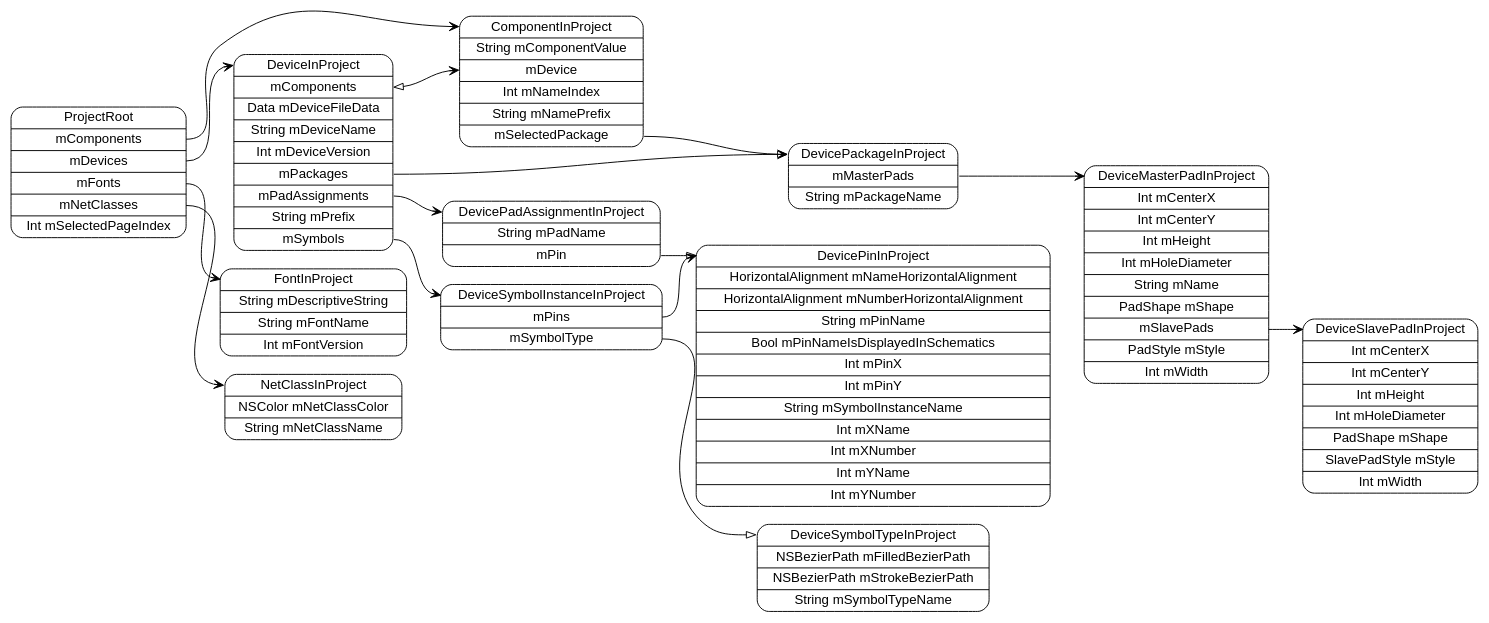
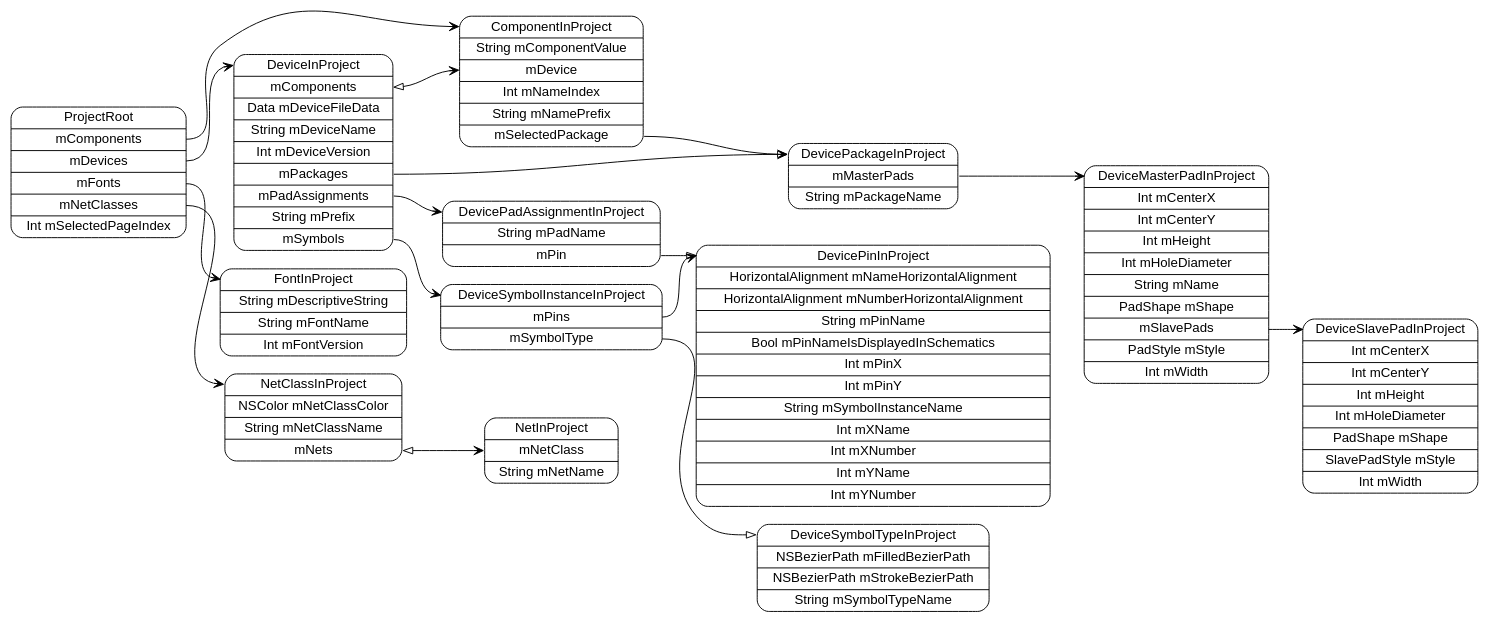
The diagram in models/ProjectRoot.dot (pierremolinaro/ElCanari-dev), drawn with Graphviz before and after one commit. The commit also changed 14 other files, not shown here.

Commit message:
Adding NetInProject

```diff
--- a/models/ProjectRoot.dot
+++ b/models/ProjectRoot.dot
@@ -1,30 +1,32 @@
 digraph G {
   rankdir=LR ;
   node [shape=record fontname=helvetica style=rounded] ;
   ProjectRoot[label="<ProjectRoot>ProjectRoot|<mComponents>mComponents|<mDevices>mDevices|<mFonts>mFonts|<mNetClasses>mNetClasses|Int mSelectedPageIndex"] ;
-  NetClassInProject[label="<NetClassInProject>NetClassInProject|NSColor mNetClassColor|String mNetClassName"] ;
+  NetClassInProject[label="<NetClassInProject>NetClassInProject|NSColor mNetClassColor|String mNetClassName|<mNets>mNets"] ;
+  NetInProject[label="<NetInProject>NetInProject|<mNetClass>mNetClass|String mNetName"] ;
   FontInProject[label="<FontInProject>FontInProject|String mDescriptiveString|String mFontName|Int mFontVersion"] ;
   DeviceInProject[label="<DeviceInProject>DeviceInProject|<mComponents>mComponents|Data mDeviceFileData|String mDeviceName|Int mDeviceVersion|<mPackages>mPackages|<mPadAssignments>mPadAssignments|String mPrefix|<mSymbols>mSymbols"] ;
   DeviceSymbolInstanceInProject[label="<DeviceSymbolInstanceInProject>DeviceSymbolInstanceInProject|<mPins>mPins|<mSymbolType>mSymbolType"] ;
   DeviceSymbolTypeInProject[label="<DeviceSymbolTypeInProject>DeviceSymbolTypeInProject|NSBezierPath mFilledBezierPath|NSBezierPath mStrokeBezierPath|String mSymbolTypeName"] ;
   DevicePinInProject[label="<DevicePinInProject>DevicePinInProject|HorizontalAlignment mNameHorizontalAlignment|HorizontalAlignment mNumberHorizontalAlignment|String mPinName|Bool mPinNameIsDisplayedInSchematics|Int mPinX|Int mPinY|String mSymbolInstanceName|Int mXName|Int mXNumber|Int mYName|Int mYNumber"] ;
   DevicePadAssignmentInProject[label="<DevicePadAssignmentInProject>DevicePadAssignmentInProject|String mPadName|<mPin>mPin"] ;
   DevicePackageInProject[label="<DevicePackageInProject>DevicePackageInProject|<mMasterPads>mMasterPads|String mPackageName"] ;
   DeviceMasterPadInProject[label="<DeviceMasterPadInProject>DeviceMasterPadInProject|Int mCenterX|Int mCenterY|Int mHeight|Int mHoleDiameter|String mName|PadShape mShape|<mSlavePads>mSlavePads|PadStyle mStyle|Int mWidth"] ;
   DeviceSlavePadInProject[label="<DeviceSlavePadInProject>DeviceSlavePadInProject|Int mCenterX|Int mCenterY|Int mHeight|Int mHoleDiameter|PadShape mShape|SlavePadStyle mStyle|Int mWidth"] ;
   ComponentInProject[label="<ComponentInProject>ComponentInProject|String mComponentValue|<mDevice>mDevice|Int mNameIndex|String mNamePrefix|<mSelectedPackage>mSelectedPackage"] ;
   ProjectRoot:mComponents -> ComponentInProject:ComponentInProject [dir=both arrowtail=none arrowhead=vee] ;
   ProjectRoot:mDevices -> DeviceInProject:DeviceInProject [dir=both arrowtail=none arrowhead=vee] ;
   ProjectRoot:mFonts -> FontInProject:FontInProject [dir=both arrowtail=none arrowhead=vee] ;
   ProjectRoot:mNetClasses -> NetClassInProject:NetClassInProject [dir=both arrowtail=none arrowhead=vee] ;
+  NetClassInProject:mNets -> NetInProject:mNetClass [dir=both arrowtail=onormal arrowhead=vee] ;
   DeviceInProject:mComponents -> ComponentInProject:mDevice [dir=both arrowtail=onormal arrowhead=vee] ;
   DeviceInProject:mPackages -> DevicePackageInProject:DevicePackageInProject [dir=both arrowtail=none arrowhead=vee] ;
   DeviceInProject:mPadAssignments -> DevicePadAssignmentInProject:DevicePadAssignmentInProject [dir=both arrowtail=none arrowhead=vee] ;
   DeviceInProject:mSymbols -> DeviceSymbolInstanceInProject:DeviceSymbolInstanceInProject [dir=both arrowtail=none arrowhead=vee] ;
   DeviceSymbolInstanceInProject:mPins -> DevicePinInProject:DevicePinInProject [dir=both arrowtail=none arrowhead=vee] ;
   DeviceSymbolInstanceInProject:mSymbolType -> DeviceSymbolTypeInProject:DeviceSymbolTypeInProject [dir=both arrowtail=none arrowhead=onormal] ;
   DevicePadAssignmentInProject:mPin -> DevicePinInProject:DevicePinInProject [dir=both arrowtail=none arrowhead=onormal] ;
   DevicePackageInProject:mMasterPads -> DeviceMasterPadInProject:DeviceMasterPadInProject [dir=both arrowtail=none arrowhead=vee] ;
   DeviceMasterPadInProject:mSlavePads -> DeviceSlavePadInProject:DeviceSlavePadInProject [dir=both arrowtail=none arrowhead=vee] ;
   ComponentInProject:mSelectedPackage -> DevicePackageInProject:DevicePackageInProject [dir=both arrowtail=none arrowhead=onormal] ;
 }
```
